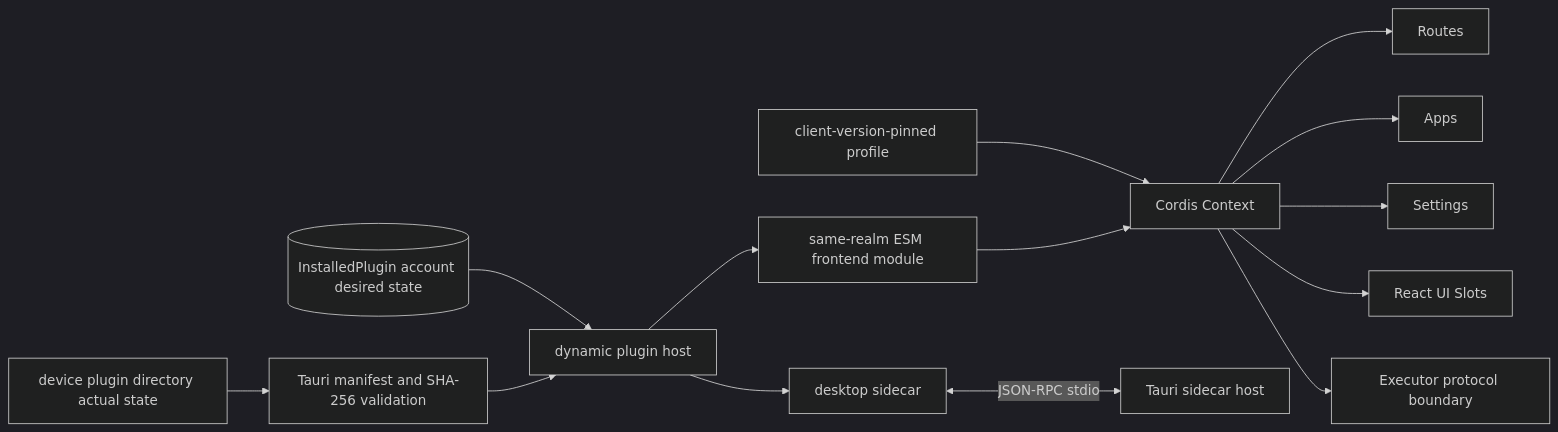
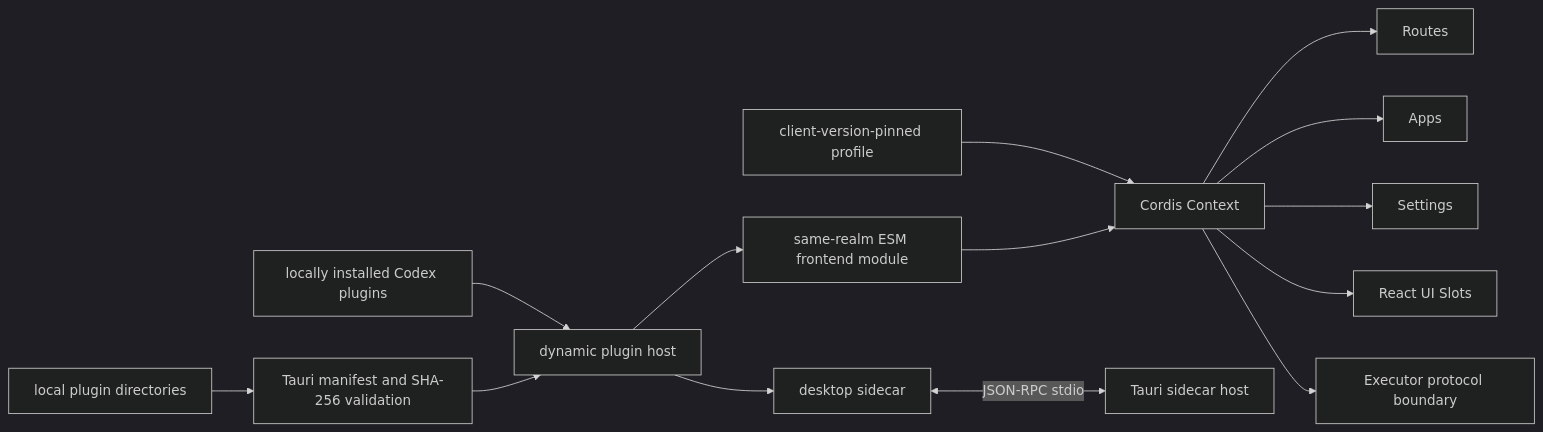
Before and after one commit to wecode-ai/Wegent: the first of 2 diagrams in docs/en/architecture/workbench-plugin-runtime.md, drawn with Mermaid (dark theme). The commit also changed other lines of this file and 16 other files, not shown here.

Commit message:
refactor(wework): keep workbench plugins local

````diff
--- a/docs/en/architecture/workbench-plugin-runtime.md
+++ b/docs/en/architecture/workbench-plugin-runtime.md
@@ -9,16 +9,16 @@
 ```mermaid
 flowchart LR
     PROFILE[client-version-pinned profile] --> CONTEXT[Cordis Context]
-    DESIRED[(InstalledPlugin account desired state)] --> HOST[dynamic plugin host]
-    ROOTS[device plugin directory actual state] --> SCAN[Tauri manifest and SHA-256 validation]
+    INSTALLED[locally installed Codex plugins] --> HOST[dynamic plugin host]
+    ROOTS[local plugin directories] --> SCAN[Tauri manifest and SHA-256 validation]
     SCAN --> HOST
     HOST --> MODULE[same-realm ESM frontend module]
     HOST --> SIDECAR[desktop sidecar]
     MODULE --> CONTEXT
     CONTEXT --> ROUTES[Routes]
     CONTEXT --> APPS[Apps]
     CONTEXT --> SETTINGS[Settings]
     CONTEXT --> SLOTS[React UI Slots]
     SIDECAR <-->|JSON-RPC stdio| TAURI[Tauri sidecar host]
     CONTEXT --> EXECUTOR[Executor protocol boundary]
 ```
````
